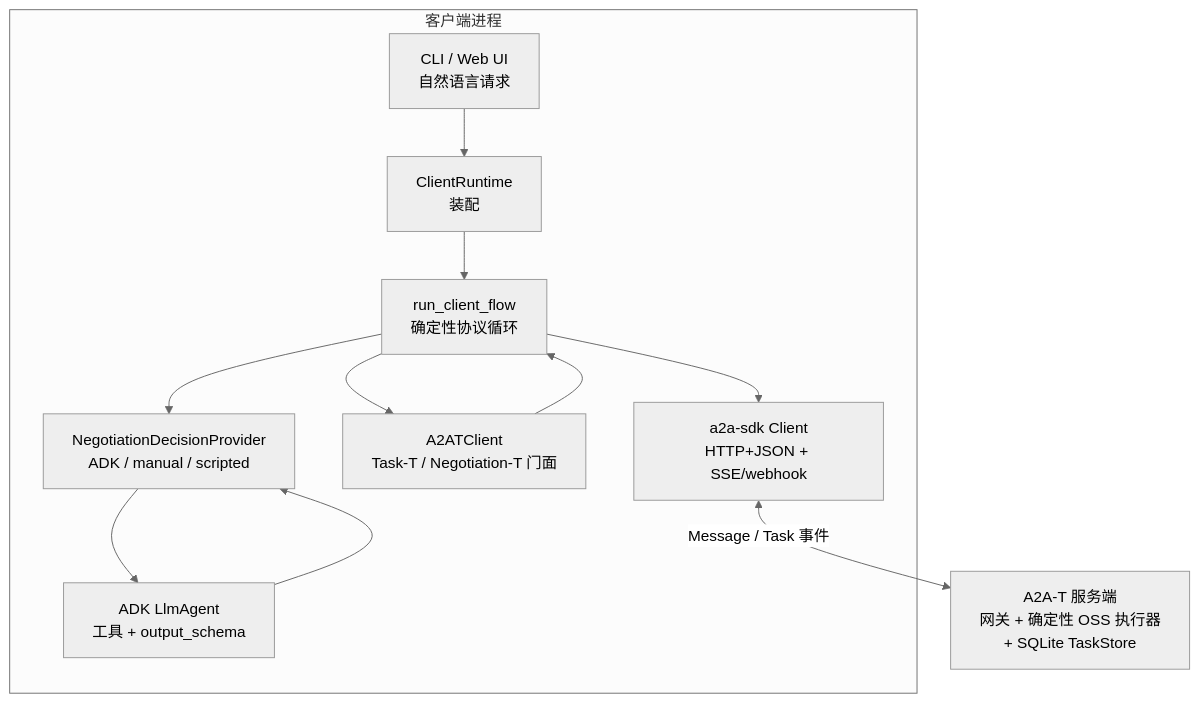
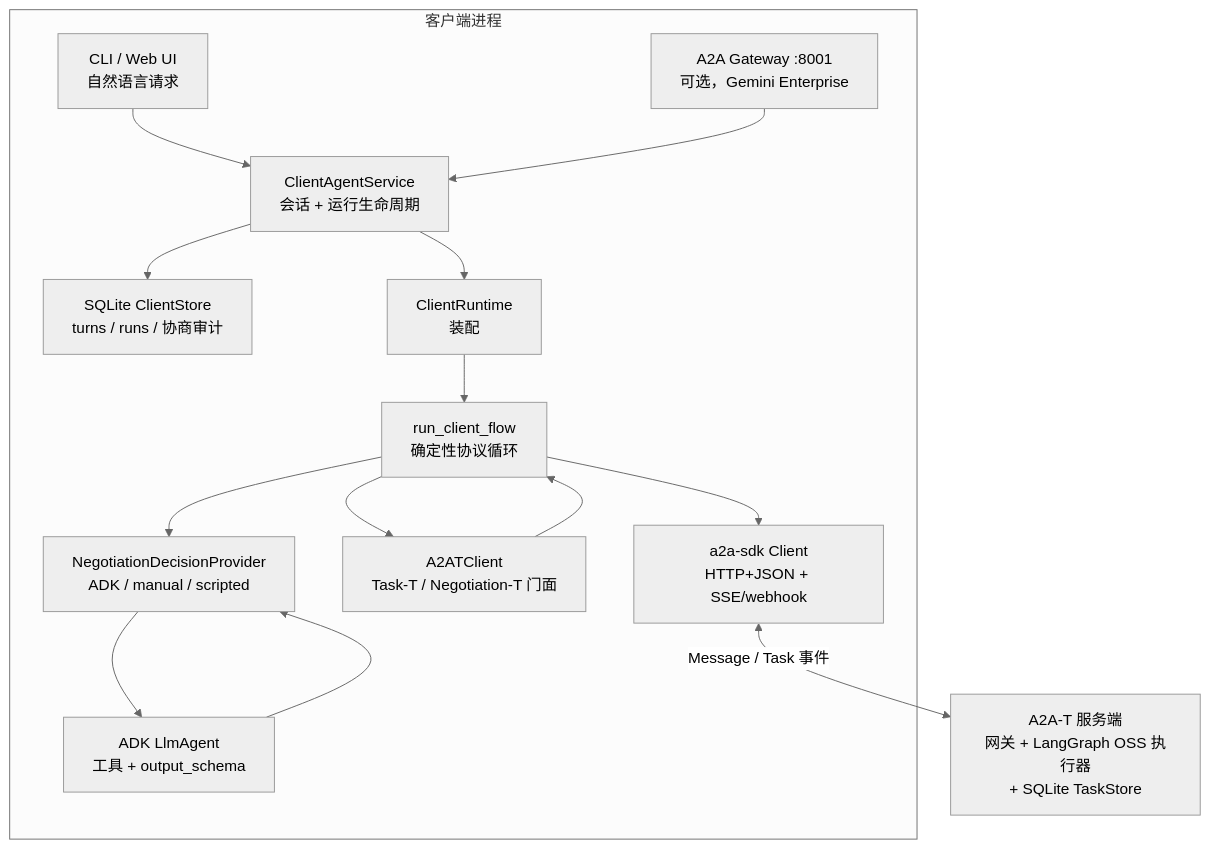
The second of 8 diagrams in a2a-t-sample/ran-energy-saving/README-zh.md (codetalks-hw/a2a-t-sdk-python), drawn with Mermaid (neutral theme) before and after one commit. The commit also changed other lines of this file and 33 other files, not shown here.

Commit message:
feat(ran-sample): persist client state and run the server on langgraph

````diff
--- a/a2a-t-sample/ran-energy-saving/README-zh.md
+++ b/a2a-t-sample/ran-energy-saving/README-zh.md
@@ -93,20 +109,26 @@
 ```mermaid
 flowchart TB
     subgraph Client["客户端进程"]
         UI["CLI / Web UI<br/>自然语言请求"]
+        GW["A2A Gateway :8001<br/>可选，Gemini Enterprise"]
+        SVC["ClientAgentService<br/>会话 + 运行生命周期"]
+        STORE["SQLite ClientStore<br/>turns / runs / 协商审计"]
         RT["ClientRuntime<br/>装配"]
         FLOW["run_client_flow<br/>确定性协议循环"]
         PROV["NegotiationDecisionProvider<br/>ADK / manual / scripted"]
         AGENT["ADK LlmAgent<br/>工具 + output_schema"]
         FACADE["A2ATClient<br/>Task-T / Negotiation-T 门面"]
         A2A["a2a-sdk Client<br/>HTTP+JSON + SSE/webhook"]
-        UI --> RT --> FLOW
+        UI --> SVC
+        GW --> SVC
+        SVC --> STORE
+        SVC --> RT --> FLOW
         FLOW --> PROV --> AGENT
         AGENT --> PROV
         FLOW --> FACADE
         FACADE --> FLOW
         FLOW --> A2A
     end
-    SERVER["A2A-T 服务端<br/>网关 + 确定性 OSS 执行器<br/>+ SQLite TaskStore"]
+    SERVER["A2A-T 服务端<br/>网关 + LangGraph OSS 执行器<br/>+ SQLite TaskStore"]
     A2A <-->|"Message / Task 事件"| SERVER
 ```
````
